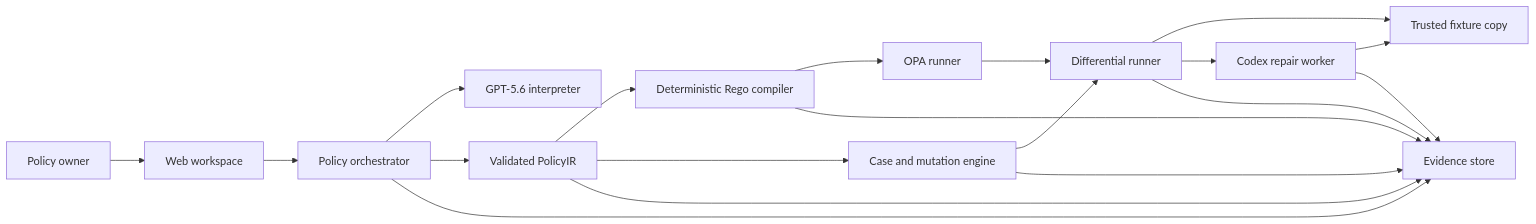
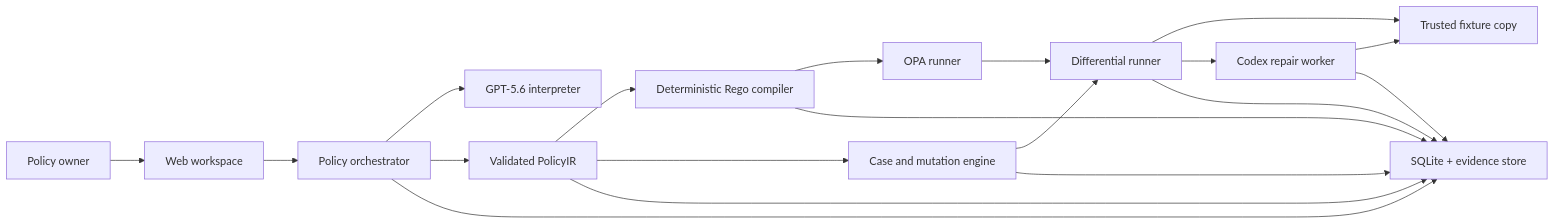
The diagram in docs/architecture.md (sel-chan/policytwin), drawn with Mermaid before and after one commit. The commit also changed other lines of this file and 19 other files, not shown here.

````diff
--- a/docs/architecture.md
+++ b/docs/architecture.md
@@ -5,21 +5,21 @@
 ```mermaid
 flowchart LR
   U["Policy owner"] --> W["Web workspace"]
   W --> O["Policy orchestrator"]
   O --> I["GPT-5.6 interpreter"]
   O --> P["Validated PolicyIR"]
   P --> C["Deterministic Rego compiler"]
   C --> R["OPA runner"]
   P --> G["Case and mutation engine"]
   G --> D["Differential runner"]
   R --> D
   D --> F["Trusted fixture copy"]
   D --> X["Codex repair worker"]
   X --> F
-  O --> E["Evidence store"]
+  O --> E["SQLite + evidence store"]
   P --> E
   C --> E
   G --> E
   D --> E
   X --> E
 ```
````
